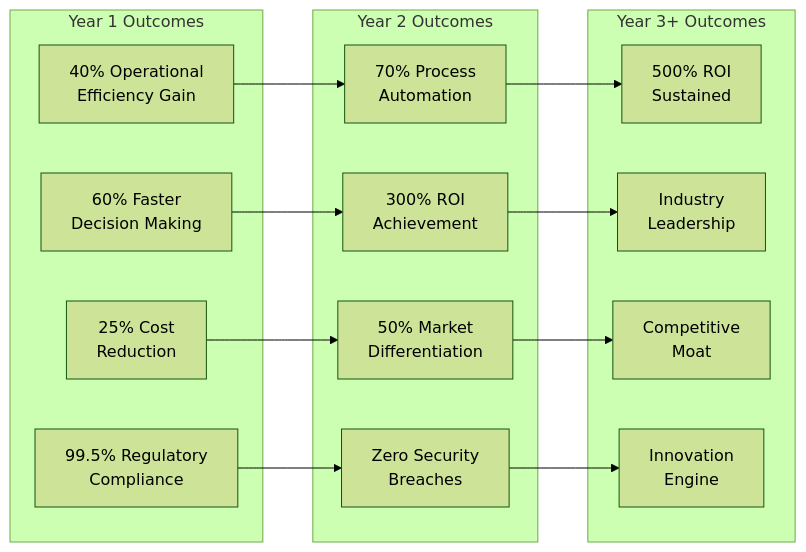
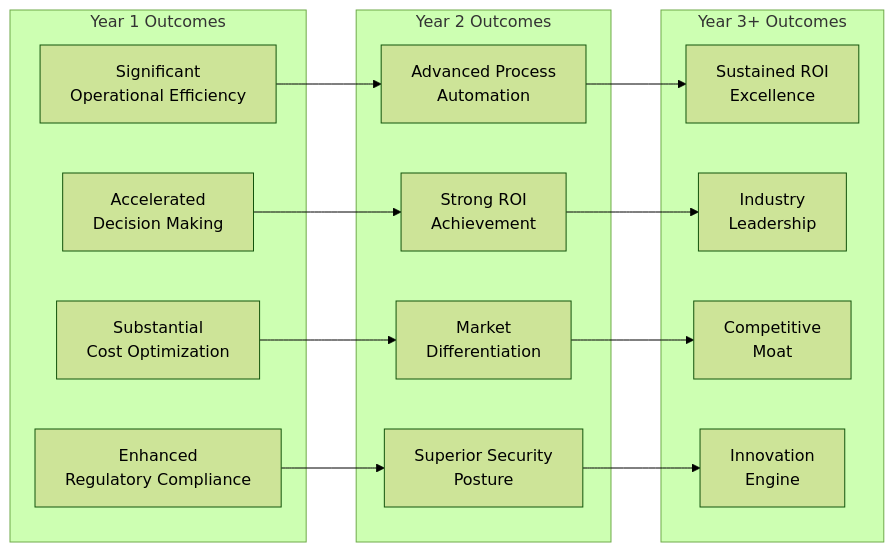
One commit to calvinlee999/react_next_java_journey changed the second of 11 diagrams in EXECUTIVE_PRESENTATION_STRATEGIC_AI_PLATFORM.md. Above: the diagram before and after it, drawn with Mermaid (forest theme). The commit also changed other lines of this file and 13 other files, not shown here.

First line of the commit message:
feat: Complete Level 0 AI Platform Architecture for FinTech Evolution

````diff
--- a/EXECUTIVE_PRESENTATION_STRATEGIC_AI_PLATFORM.md
+++ b/EXECUTIVE_PRESENTATION_STRATEGIC_AI_PLATFORM.md
@@ -88,28 +88,28 @@
 ```mermaid
 graph LR
     subgraph "Year 1 Outcomes"
-        Y1_1[40% Operational<br/>Efficiency Gain]
-        Y1_2[60% Faster<br/>Decision Making]
-        Y1_3[25% Cost<br/>Reduction]
-        Y1_4[99.5% Regulatory<br/>Compliance]
+        Y1_1[Significant<br/>Operational Efficiency]
+        Y1_2[Accelerated<br/>Decision Making]
+        Y1_3[Substantial<br/>Cost Optimization]
+        Y1_4[Enhanced<br/>Regulatory Compliance]
     end
     
     subgraph "Year 2 Outcomes"
-        Y2_1[70% Process<br/>Automation]
-        Y2_2[300% ROI<br/>Achievement]
-        Y2_3[50% Market<br/>Differentiation]
-        Y2_4[Zero Security<br/>Breaches]
+        Y2_1[Advanced Process<br/>Automation]
+        Y2_2[Strong ROI<br/>Achievement]
+        Y2_3[Market<br/>Differentiation]
+        Y2_4[Superior Security<br/>Posture]
     end
     
     subgraph "Year 3+ Outcomes"
-        Y3_1[500% ROI<br/>Sustained]
+        Y3_1[Sustained ROI<br/>Excellence]
         Y3_2[Industry<br/>Leadership]
         Y3_3[Competitive<br/>Moat]
         Y3_4[Innovation<br/>Engine]
     end
     
     Y1_1 --> Y2_1 --> Y3_1
     Y1_2 --> Y2_2 --> Y3_2
     Y1_3 --> Y2_3 --> Y3_3
     Y1_4 --> Y2_4 --> Y3_4
 ```
````
